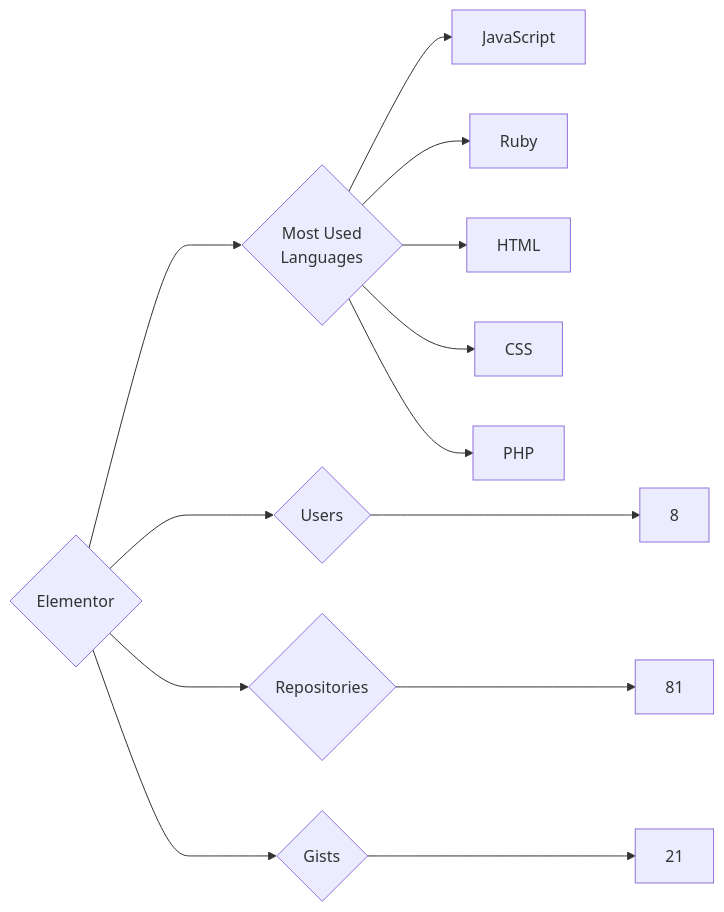
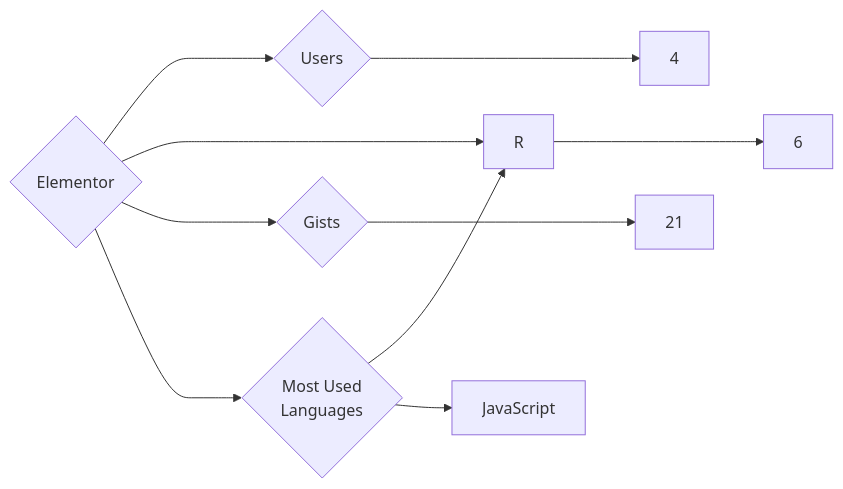
The diagram in targets/Elementor/README.md (trickest/insiders), drawn with Mermaid before and after one commit. The commit also changed 1123 other files, not shown here.

````diff
--- a/targets/Elementor/README.md
+++ b/targets/Elementor/README.md
@@ -3,13 +3,10 @@
 ```mermaid
 graph LR
 COMPANY_NAME{Elementor}
-COMPANY_NAME ---> U{Users} ---> UN[8]
-COMPANY_NAME ---> R{Repositories} ---> RN[81]
+COMPANY_NAME ---> U{Users} ---> UN[4]
+COMPANY_NAME ---> R{Repositories} ---> RN[6]
 COMPANY_NAME ---> G{Gists} ---> GN[21]
 COMPANY_NAME ---> ML{Most Used<br>Languages}
+ML --> R[R]
 ML --> JavaScript[JavaScript]
-ML --> Ruby[Ruby]
-ML --> HTML[HTML]
-ML --> CSS[CSS]
-ML --> PHP[PHP]
 ```
````
